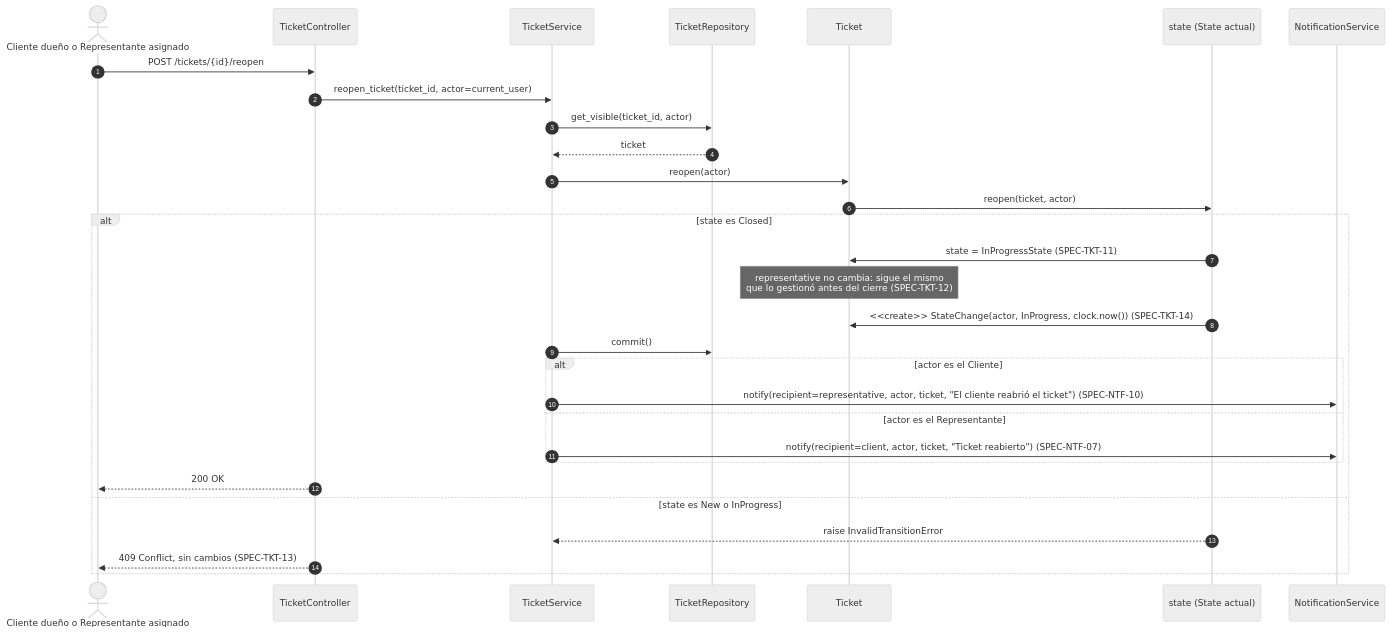
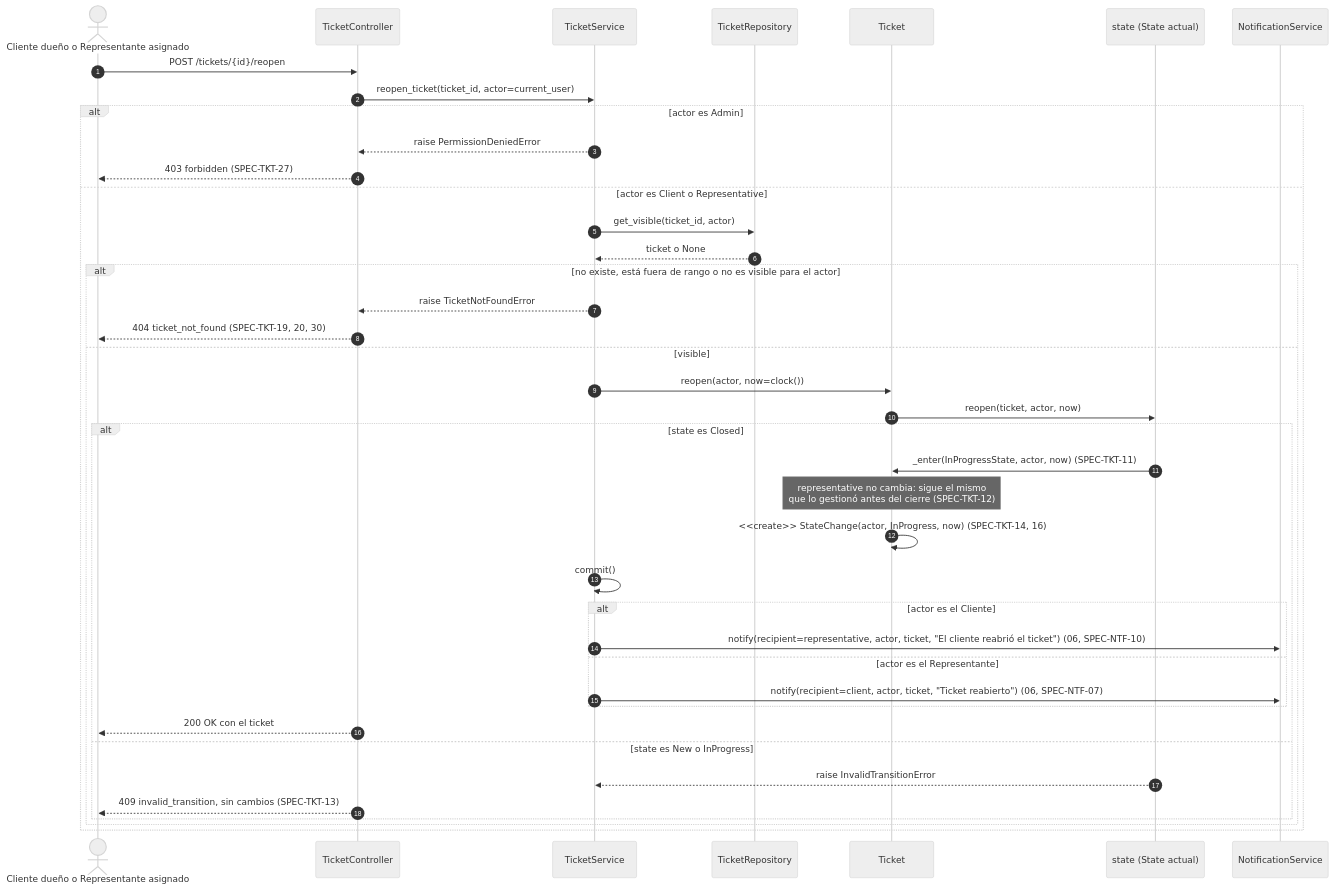
The third of 5 diagrams in diagrams/sequences/04-tickets.md (Diazfe-dev/AyED-III-python-ticket-service), drawn with Mermaid (neutral theme) before and after one commit. The commit also changed other lines of this file and 5 other files, not shown here.

Commit message:
test(ticket): add permission matrix, cross-area deactivation case; docs(diagrams): sync ticket diagrams with the code

````diff
--- a/diagrams/sequences/04-tickets.md
+++ b/diagrams/sequences/04-tickets.md
@@ -94,33 +117,43 @@
 ```mermaid
 sequenceDiagram
     autonumber
     actor U as Cliente dueño o Representante asignado
     participant TC as TicketController
     participant TS as TicketService
     participant TR as TicketRepository
     participant T as Ticket
     participant S as state (State actual)
     participant NS as NotificationService
 
     U->>TC: POST /tickets/{id}/reopen
     TC->>TS: reopen_ticket(ticket_id, actor=current_user)
-    TS->>TR: get_visible(ticket_id, actor)
-    TR-->>TS: ticket
-    TS->>T: reopen(actor)
-    T->>S: reopen(ticket, actor)
-    alt state es Closed
-        S->>T: state = InProgressState (SPEC-TKT-11)
-        Note over T: representative no cambia: sigue el mismo<br/>que lo gestionó antes del cierre (SPEC-TKT-12)
-        S->>T: <<create>> StateChange(actor, InProgress, clock.now()) (SPEC-TKT-14)
-        TS->>TR: commit()
-        alt actor es el Cliente
-            TS->>NS: notify(recipient=representative, actor, ticket, "El cliente reabrió el ticket") (SPEC-NTF-10)
-        else actor es el Representante
-            TS->>NS: notify(recipient=client, actor, ticket, "Ticket reabierto") (SPEC-NTF-07)
+    alt actor es Admin
+        TS-->>TC: raise PermissionDeniedError
+        TC-->>U: 403 forbidden (SPEC-TKT-27)
+    else actor es Client o Representative
+        TS->>TR: get_visible(ticket_id, actor)
+        TR-->>TS: ticket o None
+        alt no existe, está fuera de rango o no es visible para el actor
+            TS-->>TC: raise TicketNotFoundError
+            TC-->>U: 404 ticket_not_found (SPEC-TKT-19, 20, 30)
+        else visible
+            TS->>T: reopen(actor, now=clock())
+            T->>S: reopen(ticket, actor, now)
+            alt state es Closed
+                S->>T: _enter(InProgressState, actor, now) (SPEC-TKT-11)
+                Note over T: representative no cambia: sigue el mismo<br/>que lo gestionó antes del cierre (SPEC-TKT-12)
+                T->>T: <<create>> StateChange(actor, InProgress, now) (SPEC-TKT-14, 16)
+                TS->>TS: commit()
+                alt actor es el Cliente
+                    TS->>NS: notify(recipient=representative, actor, ticket, "El cliente reabrió el ticket") (06, SPEC-NTF-10)
+                else actor es el Representante
+                    TS->>NS: notify(recipient=client, actor, ticket, "Ticket reabierto") (06, SPEC-NTF-07)
+                end
+                TC-->>U: 200 OK con el ticket
+            else state es New o InProgress
+                S-->>TS: raise InvalidTransitionError
+                TC-->>U: 409 invalid_transition, sin cambios (SPEC-TKT-13)
+            end
         end
-        TC-->>U: 200 OK
-    else state es New o InProgress
-        S-->>TS: raise InvalidTransitionError
-        TC-->>U: 409 Conflict, sin cambios (SPEC-TKT-13)
     end
 ```
````
